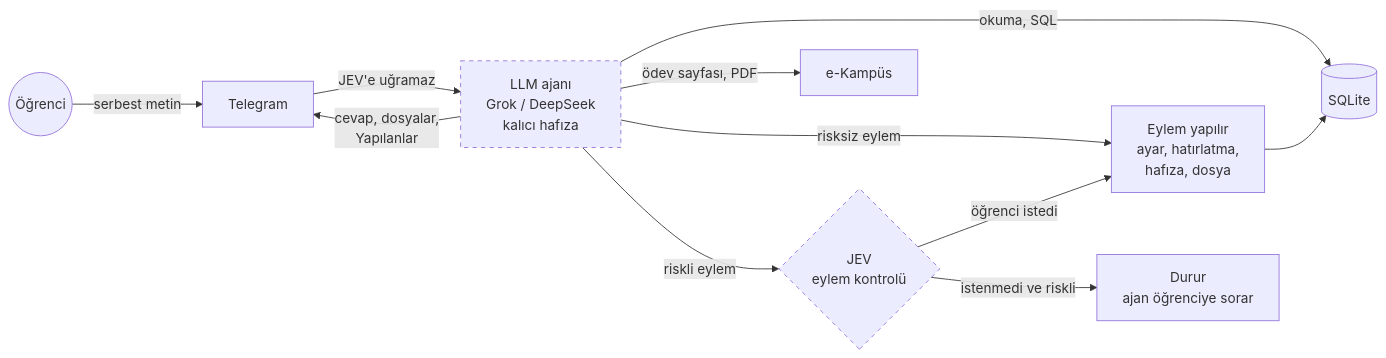
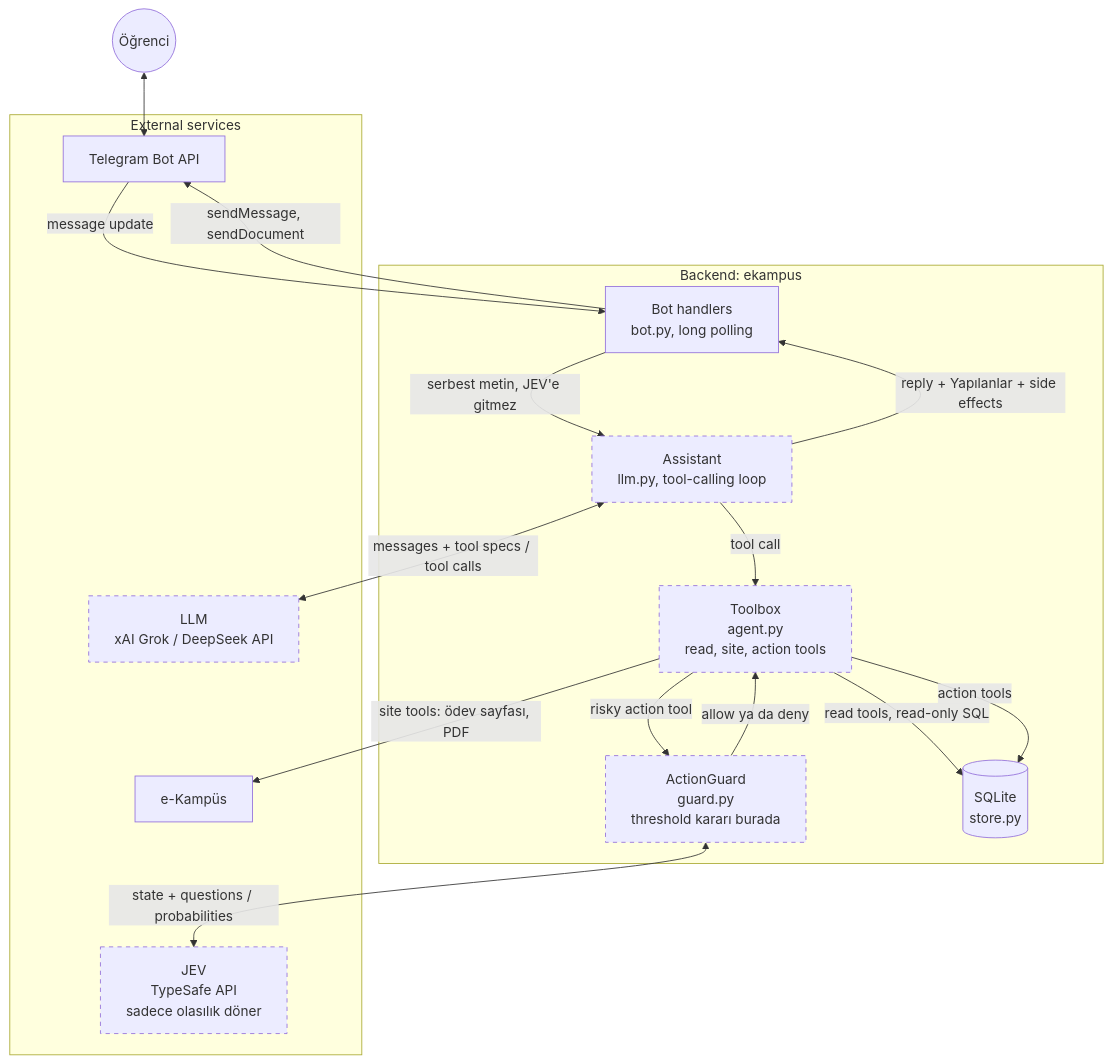
The second of 2 diagrams in README.md (EmirKurt09/adhd_products), drawn with Mermaid before and after one commit. The commit also changed other lines of this file, not shown here.

````diff
--- a/README.md
+++ b/README.md
@@ -71,16 +103,36 @@
 ```mermaid
-flowchart LR
-    U((Öğrenci)) -->|serbest metin| TG[Telegram]
-    TG -->|JEV'e uğramaz| A["LLM ajanı<br/>Grok / DeepSeek<br/>kalıcı hafıza"]
-    A -->|okuma, SQL| DB[(SQLite)]
-    A -->|ödev sayfası, PDF| S[e-Kampüs]
-    A -->|risksiz eylem| DO["Eylem yapılır<br/>ayar, hatırlatma,<br/>hafıza, dosya"]
-    A -->|riskli eylem| JA{"JEV<br/>eylem kontrolü"}
-    JA -->|öğrenci istedi| DO
-    JA -->|istenmedi ve riskli| ST["Durur<br/>ajan öğrenciye sorar"]
-    DO --> DB
-    A -->|cevap, dosyalar,<br/>Yapılanlar| TG
+flowchart TB
+    U((Öğrenci))
+
+    subgraph backend["Backend: ekampus"]
+        BOT["Bot handlers<br/>bot.py, long polling"]
+        AS["Assistant<br/>llm.py, tool-calling loop"]
+        TB["Toolbox<br/>agent.py<br/>read, site, action tools"]
+        GD["ActionGuard<br/>guard.py<br/>threshold kararı burada"]
+        DB[("SQLite<br/>store.py")]
+    end
+
+    subgraph external["External services"]
+        TG["Telegram Bot API"]
+        LLM["LLM<br/>xAI Grok / DeepSeek API"]
+        JEV["JEV<br/>TypeSafe API<br/>sadece olasılık döner"]
+        EK["e-Kampüs"]
+    end
+
+    U <--> TG
+    TG -->|message update| BOT
+    BOT -->|serbest metin, JEV'e gitmez| AS
+    AS <-->|messages + tool specs / tool calls| LLM
+    AS -->|tool call| TB
+    TB -->|read tools, read-only SQL| DB
+    TB -->|"site tools: ödev sayfası, PDF"| EK
+    TB -->|risky action tool| GD
+    GD <-->|state + questions / probabilities| JEV
+    GD -->|allow ya da deny| TB
+    TB -->|action tools| DB
+    AS -->|reply + Yapılanlar + side effects| BOT
+    BOT -->|sendMessage, sendDocument| TG
 
     classDef optional stroke-dasharray: 5 5
-    class A,JA optional
+    class AS,TB,GD,LLM,JEV optional
 ```
````
